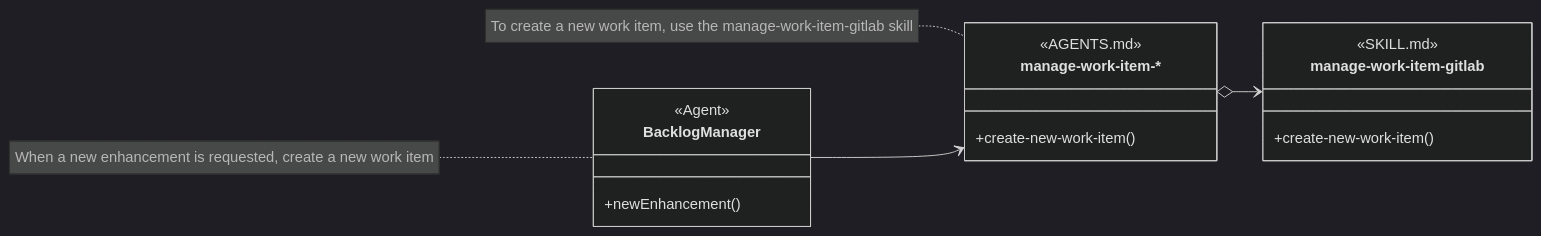
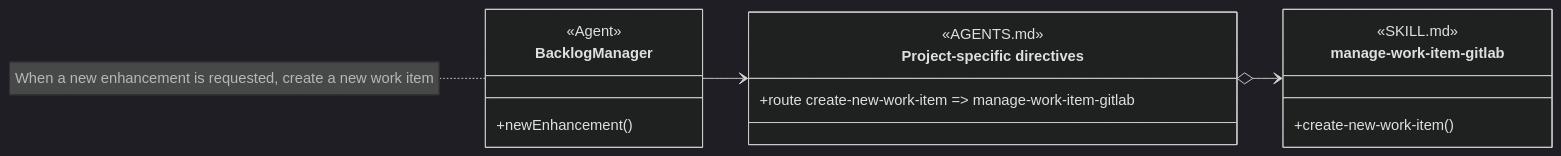
Before and after one commit to martinbechard/dev-methodology: the fifth of 15 diagrams in design/object-oriented-agent-and-skill-model.md, drawn with Mermaid (dark theme). The commit also changed other lines of this file and 2 other files, not shown here.

Commit message:
docs: align work-item interface routing

````diff
--- a/design/object-oriented-agent-and-skill-model.md
+++ b/design/object-oriented-agent-and-skill-model.md
@@ -187,27 +187,26 @@
 ```mermaid
 classDiagram
     direction LR
 
     class BacklogManager {
         <<Agent>>
         +newEnhancement()
     }
 
-    class manage-work-item["manage-work-item-*"] {
+    class project-specific-directives["Project-specific directives"] {
         <<AGENTS.md>>
-        <<abstract>>
-        +create-new-work-item()
+        <<routing>>
+        +route create-new-work-item => manage-work-item-gitlab
     }
 
     class manage-work-item-gitlab {
         <<SKILL.md>>
         <<Injectable Skill>>
         +create-new-work-item()
     }
 
-    BacklogManager --> manage-work-item
-    manage-work-item o--> manage-work-item-gitlab
+    BacklogManager --> project-specific-directives
+    project-specific-directives o--> manage-work-item-gitlab
 
     note for BacklogManager "When a new enhancement is requested, create a new work item"
-    note for manage-work-item "To create a new work item, use the manage-work-item-gitlab skill"
 ```
````
